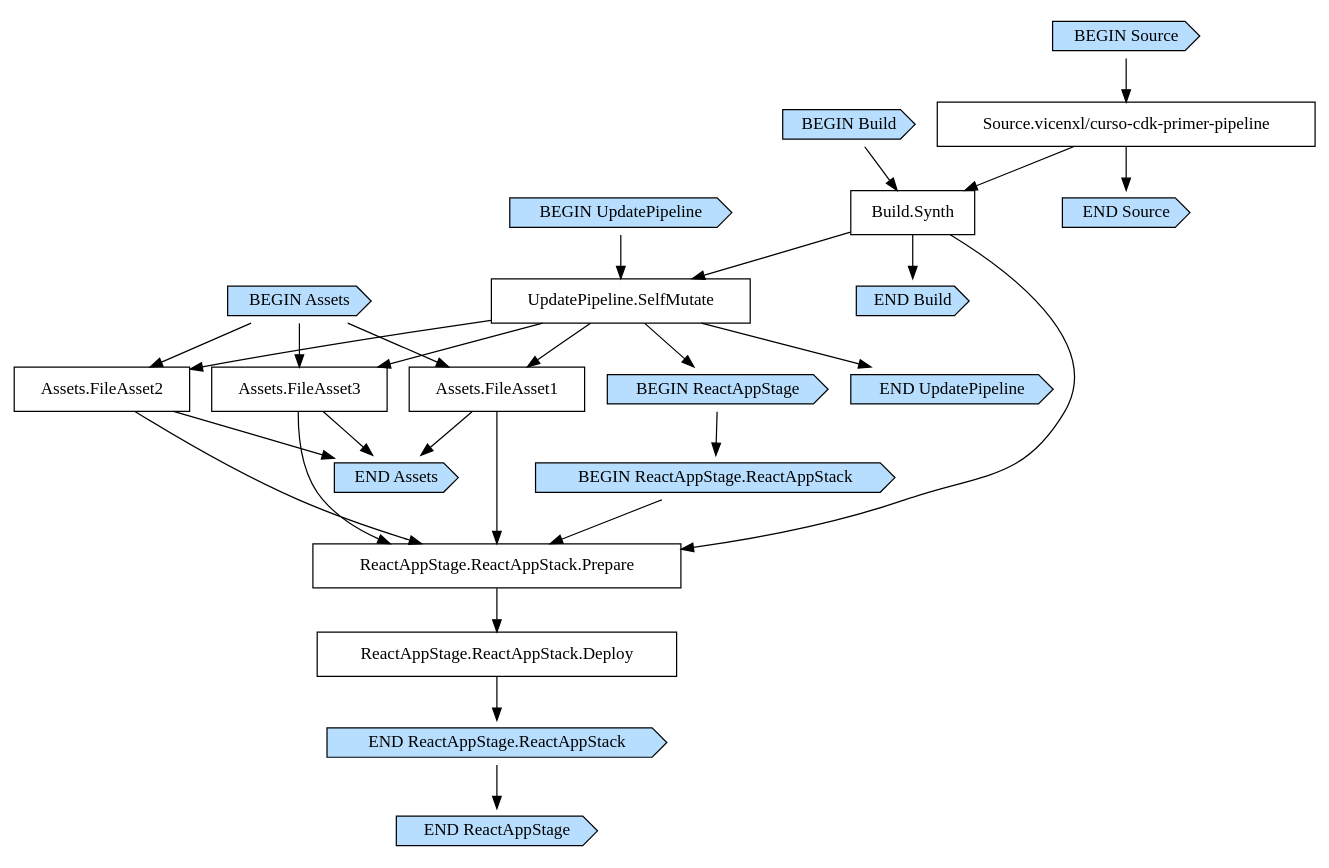
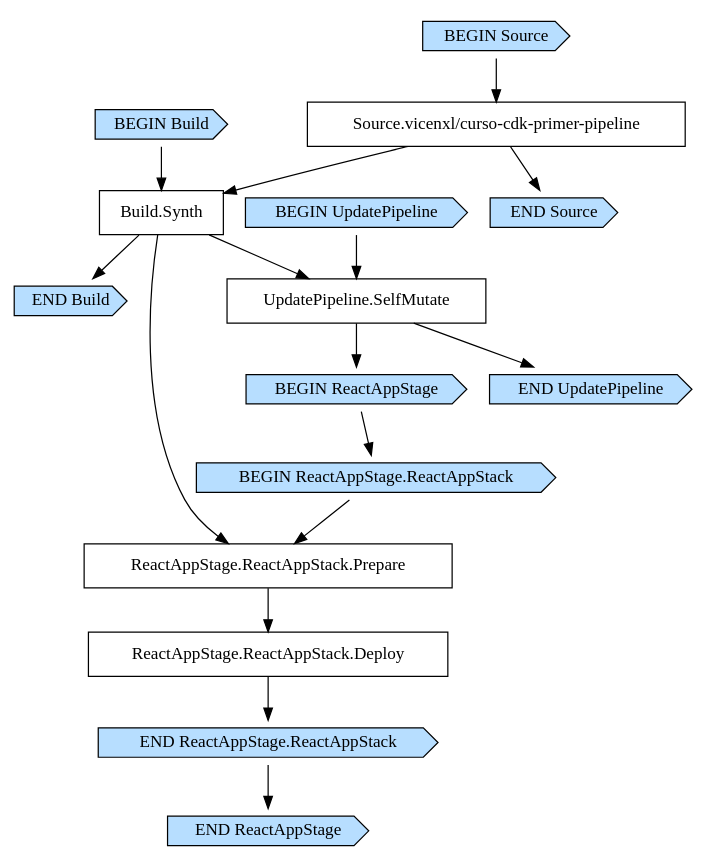
The diagram in cdk.out/CursoCdkPrimerPipelineStackCdkPipeline0C30298A.dot (vicenxl/curso-cdk-primer-pipeline), drawn with Graphviz before and after one commit. The commit also changed 9 other files, not shown here.

```diff
--- a/cdk.out/CursoCdkPrimerPipelineStackCdkPipeline0C30298A.dot
+++ b/cdk.out/CursoCdkPrimerPipelineStackCdkPipeline0C30298A.dot
@@ -1,54 +1,37 @@
 digraph G {
   # Arrows represent an "unlocks" relationship (opposite of dependency). So chosen
   # because the layout looks more natural that way.
   # To represent subgraph dependencies, subgraphs are represented by BEGIN/END nodes.
   # To render: `dot -Tsvg CursoCdkPrimerPipelineStackCdkPipeline0C30298A.dot > graph.svg`, open in a browser.
   node [shape="box"];
 "BEGIN Build" [shape="cds", style="filled", fillcolor="#b7deff"];
 "END Build" [shape="cds", style="filled", fillcolor="#b7deff"];
 "Build.Synth";
 "Source.vicenxl/curso-cdk-primer-pipeline" -> "Build.Synth";
 "BEGIN Build" -> "Build.Synth";
 "Build.Synth" -> "END Build";
 "BEGIN UpdatePipeline" [shape="cds", style="filled", fillcolor="#b7deff"];
 "END UpdatePipeline" [shape="cds", style="filled", fillcolor="#b7deff"];
 "UpdatePipeline.SelfMutate";
 "Build.Synth" -> "UpdatePipeline.SelfMutate";
 "BEGIN UpdatePipeline" -> "UpdatePipeline.SelfMutate";
 "UpdatePipeline.SelfMutate" -> "END UpdatePipeline";
-"BEGIN Assets" [shape="cds", style="filled", fillcolor="#b7deff"];
-"END Assets" [shape="cds", style="filled", fillcolor="#b7deff"];
-"Assets.FileAsset1";
-"UpdatePipeline.SelfMutate" -> "Assets.FileAsset1";
-"Assets.FileAsset2";
-"UpdatePipeline.SelfMutate" -> "Assets.FileAsset2";
-"Assets.FileAsset3";
-"UpdatePipeline.SelfMutate" -> "Assets.FileAsset3";
-"BEGIN Assets" -> "Assets.FileAsset1";
-"BEGIN Assets" -> "Assets.FileAsset2";
-"BEGIN Assets" -> "Assets.FileAsset3";
-"Assets.FileAsset1" -> "END Assets";
-"Assets.FileAsset2" -> "END Assets";
-"Assets.FileAsset3" -> "END Assets";
 "BEGIN ReactAppStage" [shape="cds", style="filled", fillcolor="#b7deff"];
 "END ReactAppStage" [shape="cds", style="filled", fillcolor="#b7deff"];
 "UpdatePipeline.SelfMutate" -> "BEGIN ReactAppStage";
 "BEGIN ReactAppStage.ReactAppStack" [shape="cds", style="filled", fillcolor="#b7deff"];
 "END ReactAppStage.ReactAppStack" [shape="cds", style="filled", fillcolor="#b7deff"];
 "ReactAppStage.ReactAppStack.Deploy";
 "ReactAppStage.ReactAppStack.Prepare" -> "ReactAppStage.ReactAppStack.Deploy";
 "ReactAppStage.ReactAppStack.Prepare";
 "Build.Synth" -> "ReactAppStage.ReactAppStack.Prepare";
-"Assets.FileAsset1" -> "ReactAppStage.ReactAppStack.Prepare";
-"Assets.FileAsset2" -> "ReactAppStage.ReactAppStack.Prepare";
-"Assets.FileAsset3" -> "ReactAppStage.ReactAppStack.Prepare";
 "BEGIN ReactAppStage.ReactAppStack" -> "ReactAppStage.ReactAppStack.Prepare";
 "ReactAppStage.ReactAppStack.Deploy" -> "END ReactAppStage.ReactAppStack";
 "BEGIN ReactAppStage" -> "BEGIN ReactAppStage.ReactAppStack";
 "END ReactAppStage.ReactAppStack" -> "END ReactAppStage";
 "BEGIN Source" [shape="cds", style="filled", fillcolor="#b7deff"];
 "END Source" [shape="cds", style="filled", fillcolor="#b7deff"];
 "Source.vicenxl/curso-cdk-primer-pipeline";
 "BEGIN Source" -> "Source.vicenxl/curso-cdk-primer-pipeline";
 "Source.vicenxl/curso-cdk-primer-pipeline" -> "END Source";
 }
```
